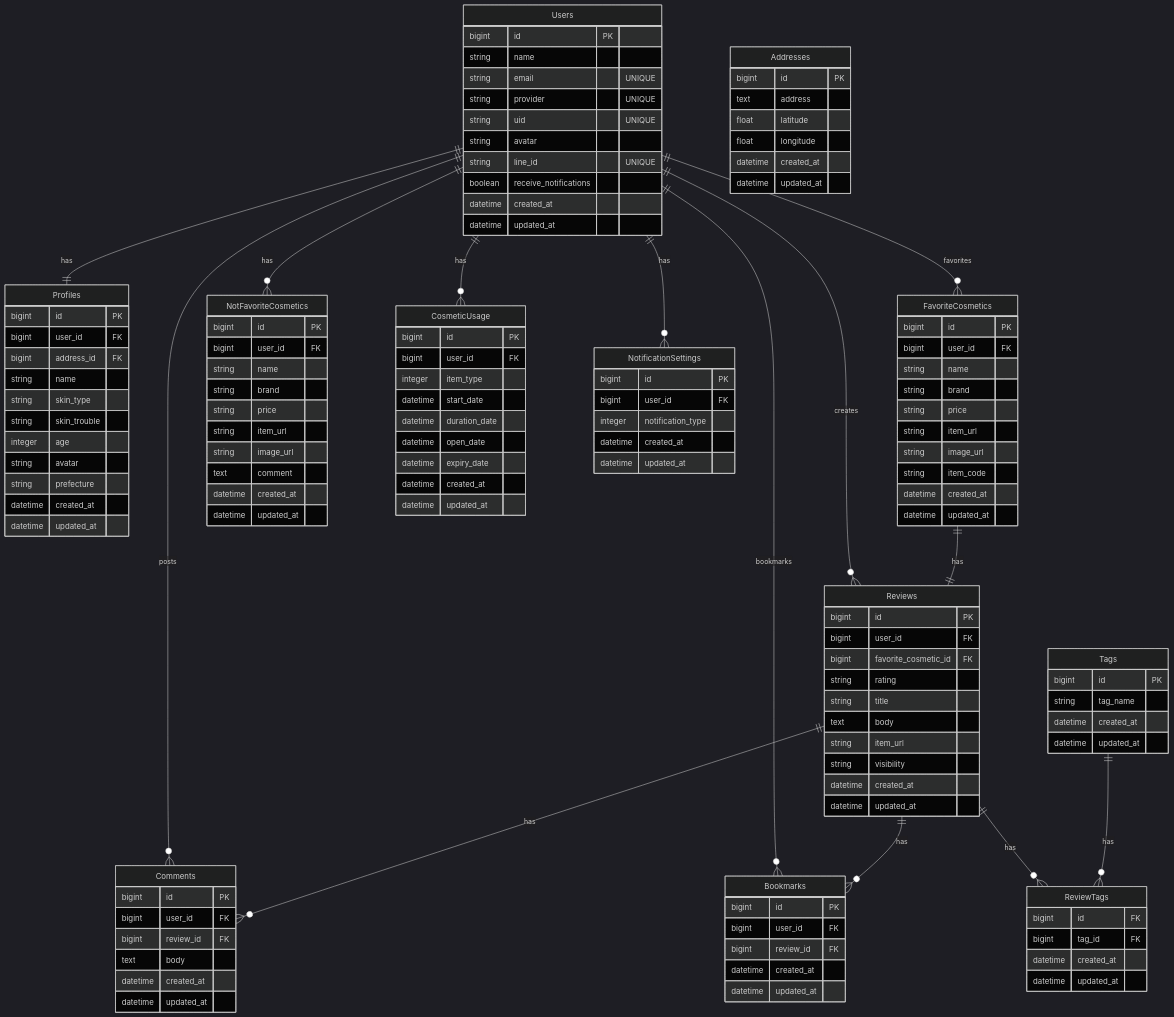
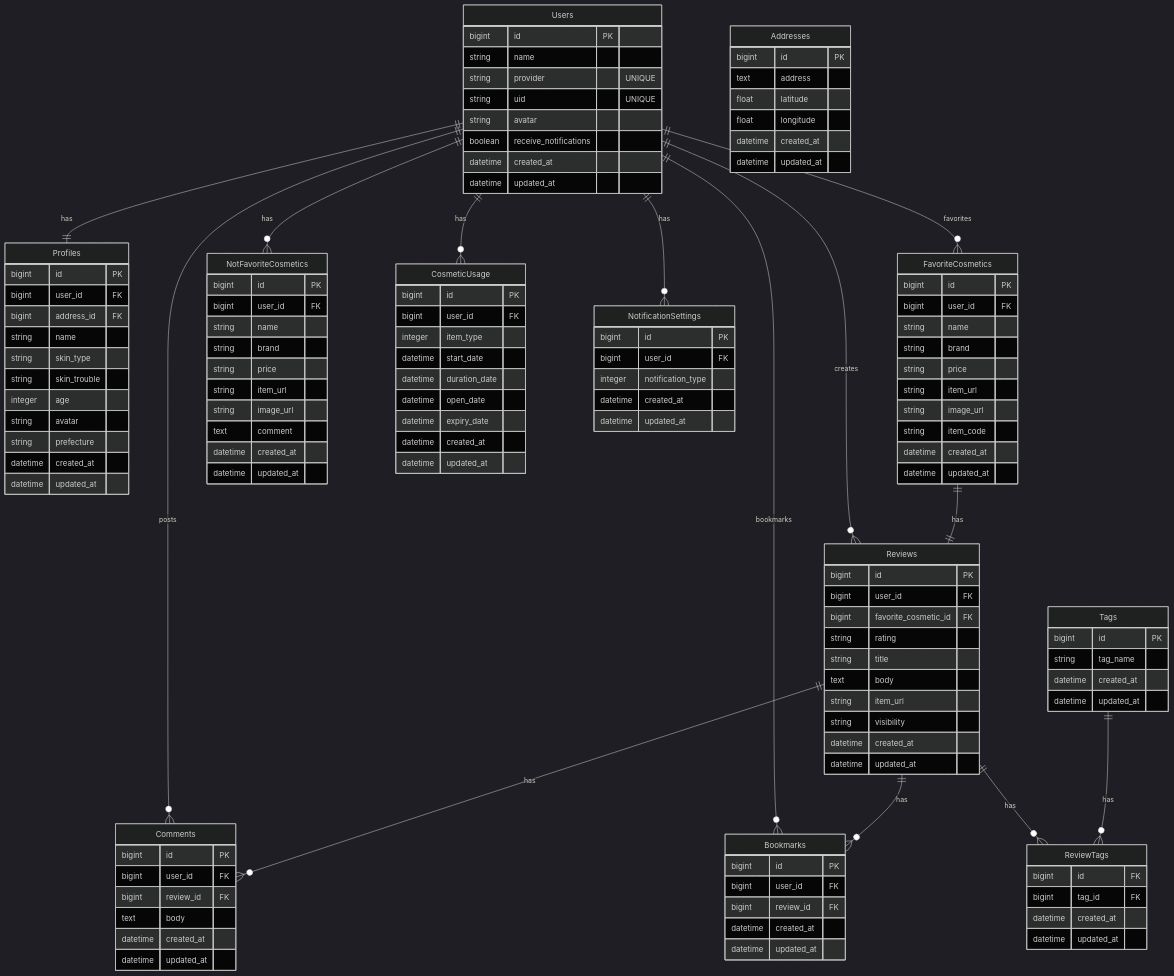
One commit to rk0325/korecare changed the diagram in README.md. Above: the diagram before and after it, drawn with Mermaid (dark theme). The commit also changed other lines of this file and 26 other files, not shown here.

```diff
--- a/README.md
+++ b/README.md
@@ -21,11 +21,9 @@
 Users {
   bigint id PK
   string name
-  string email "UNIQUE"
   string provider "UNIQUE"
   string uid "UNIQUE"
   string avatar
-  string line_id "UNIQUE"
   boolean receive_notifications
   datetime created_at
   datetime updated_at
```
